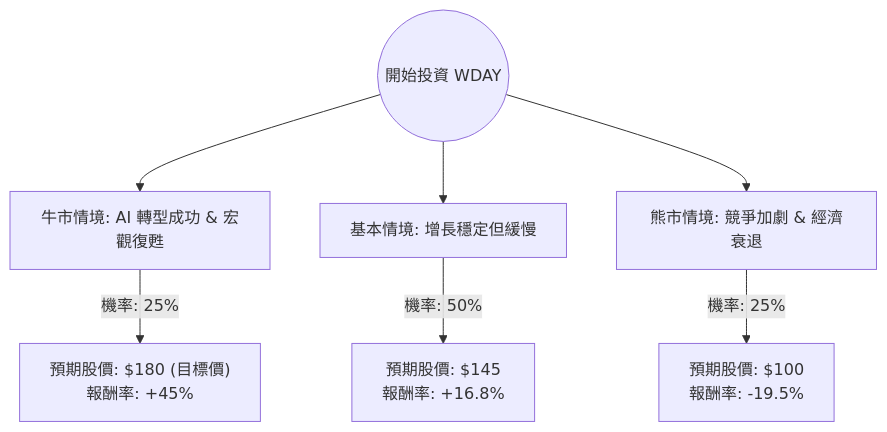
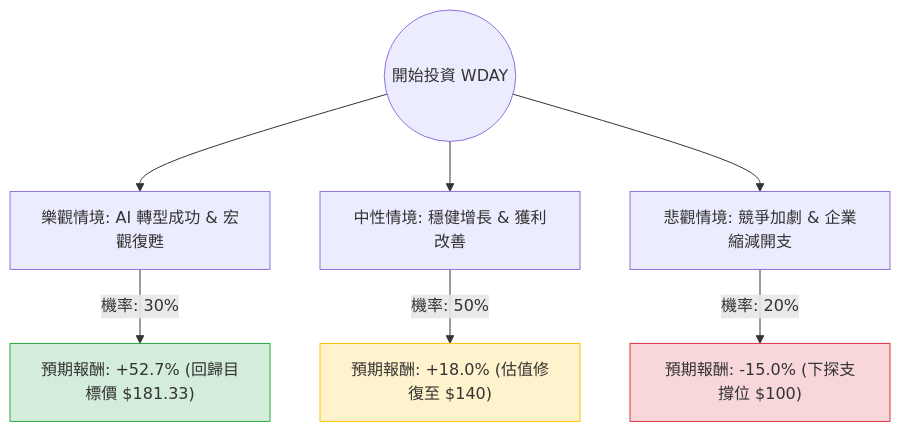
One commit to zmcx16/zmcx16.github.io changed the diagram in plugin-react/ai-analysis/ev-analysis/WDAY.md. Above: the diagram before and after it, drawn with Mermaid. The commit also changed other lines of this file and 81 other files, not shown here.

````diff
--- a/plugin-react/ai-analysis/ev-analysis/WDAY.md
+++ b/plugin-react/ai-analysis/ev-analysis/WDAY.md
@@ -20,10 +9,14 @@
 ```mermaid
 graph TD
-    Start((開始投資 WDAY)) --> Bull[牛市情境: AI 轉型成功 & 宏觀復甦]
-    Start --> Base[基本情境: 增長穩定但緩慢]
-    Start --> Bear[熊市情境: 競爭加劇 & 經濟衰退]
+    Start((開始投資 WDAY)) --> Bull[樂觀情境: AI 轉型成功 & 宏觀復甦]
+    Start --> Base[中性情境: 穩健增長 & 獲利改善]
+    Start --> Bear[悲觀情境: 競爭加劇 & 企業縮減開支]
 
-    Bull -- "機率: 25%" --> BullVal["預期股價: $180 (目標價) <br> 報酬率: +45%"]
-    Base -- "機率: 50%" --> BaseVal["預期股價: $145 <br> 報酬率: +16.8%"]
-    Bear -- "機率: 25%" --> BearVal["預期股價: $100 <br> 報酬率: -19.5%"]
+    Bull -- "機率: 30%" --> BullVal["預期報酬: +52.7% (回歸目標價 $181.33)"]
+    Base -- "機率: 50%" --> BaseVal["預期報酬: +18.0% (估值修復至 $140)"]
+    Bear -- "機率: 20%" --> BearVal["預期報酬: -15.0% (下探支撐位 $100)"]
+
+    style BullVal fill:#d4edda,stroke:#28a745
+    style BaseVal fill:#fff3cd,stroke:#ffc107
+    style BearVal fill:#f8d7da,stroke:#dc3545
 ```
````
